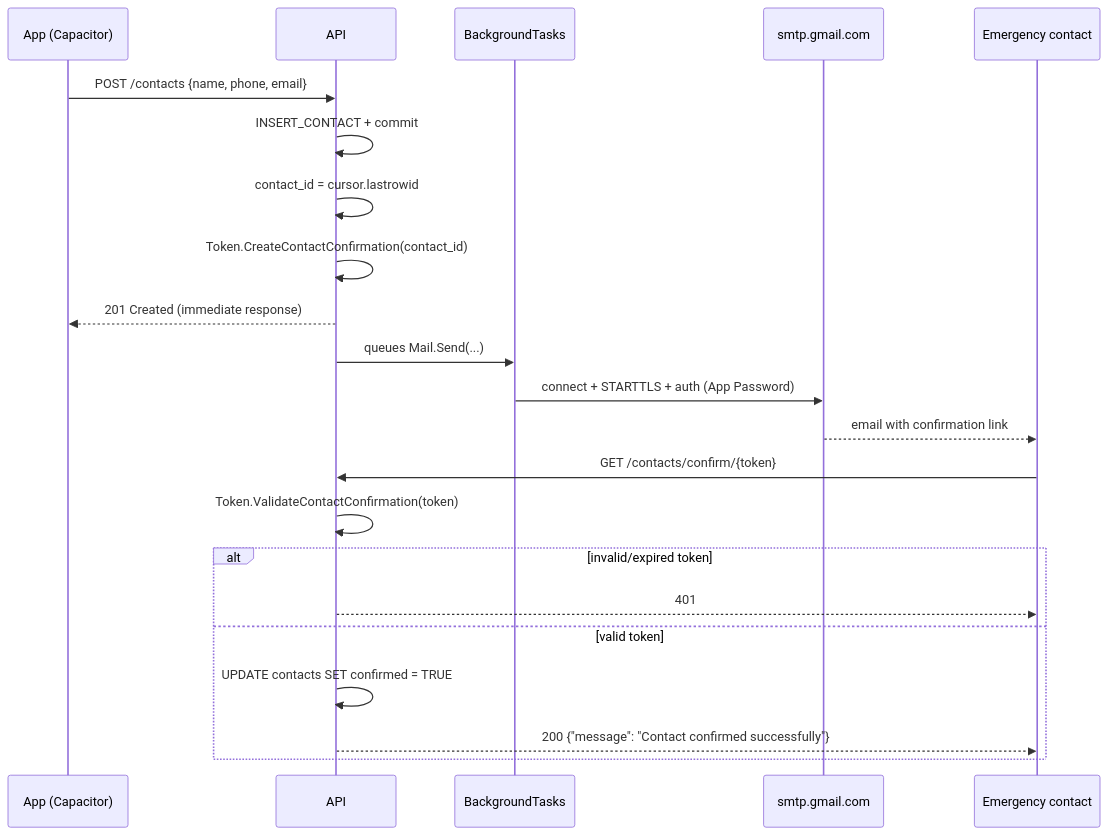
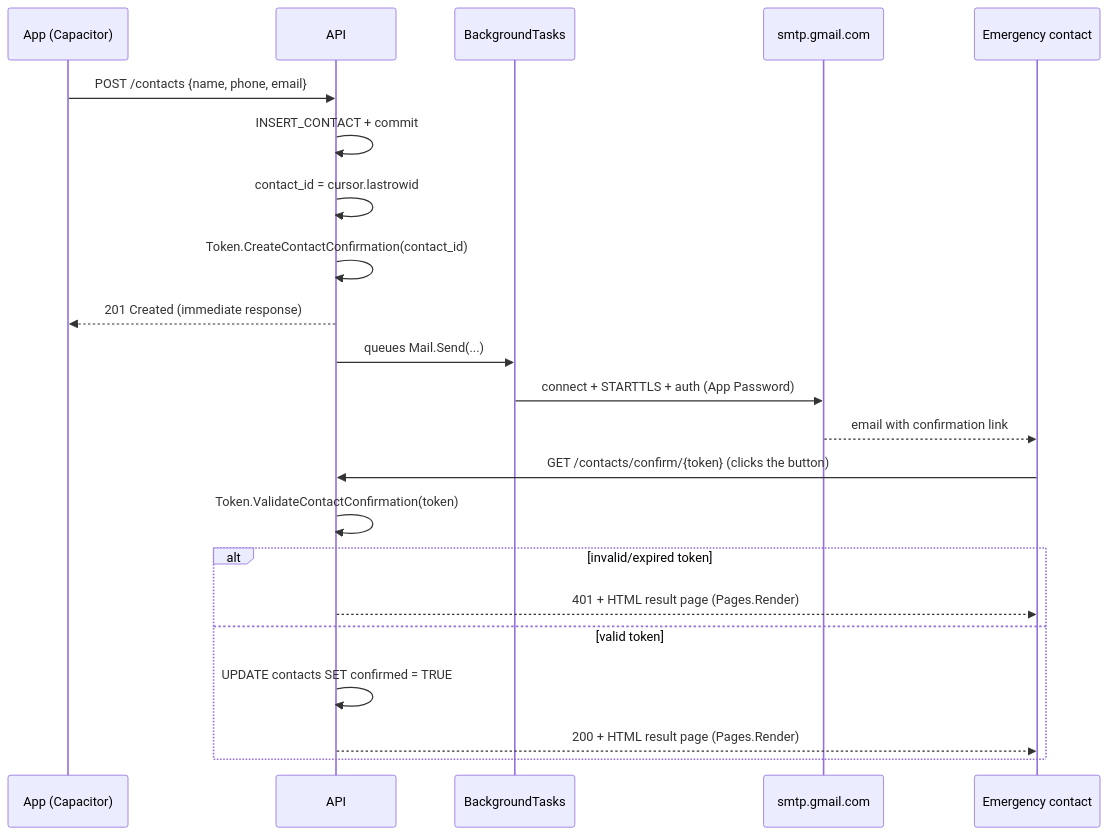
One commit to skellent/iOS-compiler changed the second of 3 diagrams in docs/backend/mail.md. Above: the diagram before and after it, drawn with Mermaid. The commit also changed other lines of this file and 8 other files, not shown here.

First line of the commit message:
Redesign confirmation/alert emails and serve a real HTML result page

````diff
--- a/docs/backend/mail.md
+++ b/docs/backend/mail.md
@@ -170,25 +170,25 @@
 ```mermaid
 sequenceDiagram
     participant App as App (Capacitor)
     participant API
     participant BG as BackgroundTasks
     participant SMTP as smtp.gmail.com
     participant Contact as Emergency contact
 
     App->>API: POST /contacts {name, phone, email}
     API->>API: INSERT_CONTACT + commit
     API->>API: contact_id = cursor.lastrowid
     API->>API: Token.CreateContactConfirmation(contact_id)
     API-->>App: 201 Created (immediate response)
     API->>BG: queues Mail.Send(...)
     BG->>SMTP: connect + STARTTLS + auth (App Password)
     SMTP-->>Contact: email with confirmation link
-    Contact->>API: GET /contacts/confirm/{token}
+    Contact->>API: GET /contacts/confirm/{token} (clicks the button)
     API->>API: Token.ValidateContactConfirmation(token)
     alt invalid/expired token
-        API-->>Contact: 401
+        API-->>Contact: 401 + HTML result page (Pages.Render)
     else valid token
         API->>API: UPDATE contacts SET confirmed = TRUE
-        API-->>Contact: 200 {"message": "Contact confirmed successfully"}
+        API-->>Contact: 200 + HTML result page (Pages.Render)
     end
 ```
````
